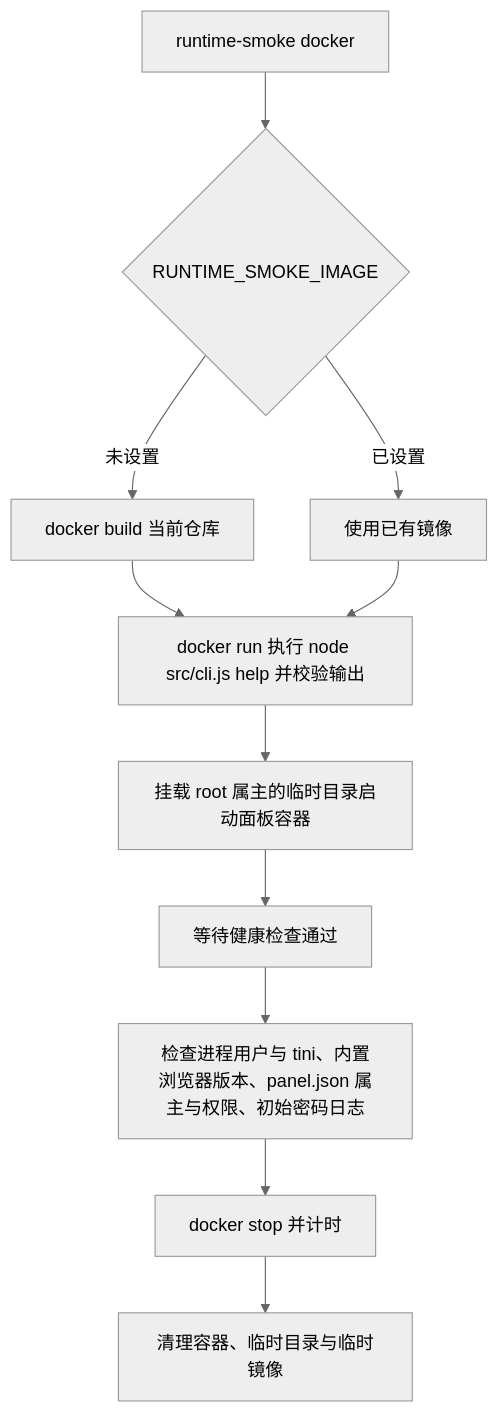
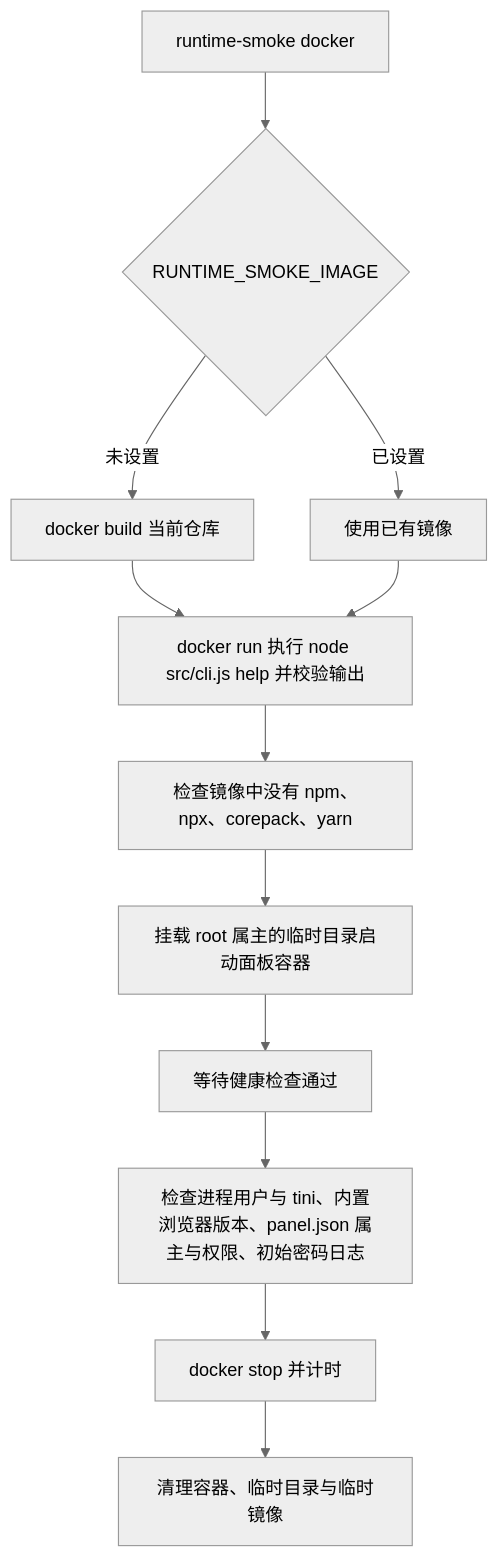
Before and after one commit to lonemoonspace/Weread-Assistant: the diagram in docs/runtime-smoke.md, drawn with Mermaid (neutral theme). The commit also changed other lines of this file and 2 other files, not shown here.

Commit message:
fix(docker): 处理 #56 的审阅意见
- runtime-smoke 的包管理器检查只读标准输出，并只断言 npm、npx、
  corepack、yarn 这几个名字，基础镜像带别的全局包不算失败
- Dockerfile 去掉多余的 npm cache clean（/root/.npm 整个删除）
- docs/runtime-smoke.md 补上新增的检查：职责表、流程图与约束表

Claude-Session: https://claude.ai/code/session_01S6PaHwpZ2AUEY5cZGdfGNG

````diff
--- a/docs/runtime-smoke.md
+++ b/docs/runtime-smoke.md
@@ -11,13 +11,14 @@
 ```mermaid
 flowchart TD
   A[runtime-smoke docker] --> B{RUNTIME_SMOKE_IMAGE}
   B -->|未设置| C[docker build 当前仓库]
   B -->|已设置| D[使用已有镜像]
   C --> E[docker run 执行 node src/cli.js help 并校验输出]
   D --> E
-  E --> F[挂载 root 属主的临时目录启动面板容器]
+  E --> E2[检查镜像中没有 npm、npx、corepack、yarn]
+  E2 --> F[挂载 root 属主的临时目录启动面板容器]
   F --> G[等待健康检查通过]
   G --> H[检查进程用户与 tini、内置浏览器版本、panel.json 属主与权限、初始密码日志]
   H --> I[docker stop 并计时]
   I --> J[清理容器、临时目录与临时镜像]
 ```
````
